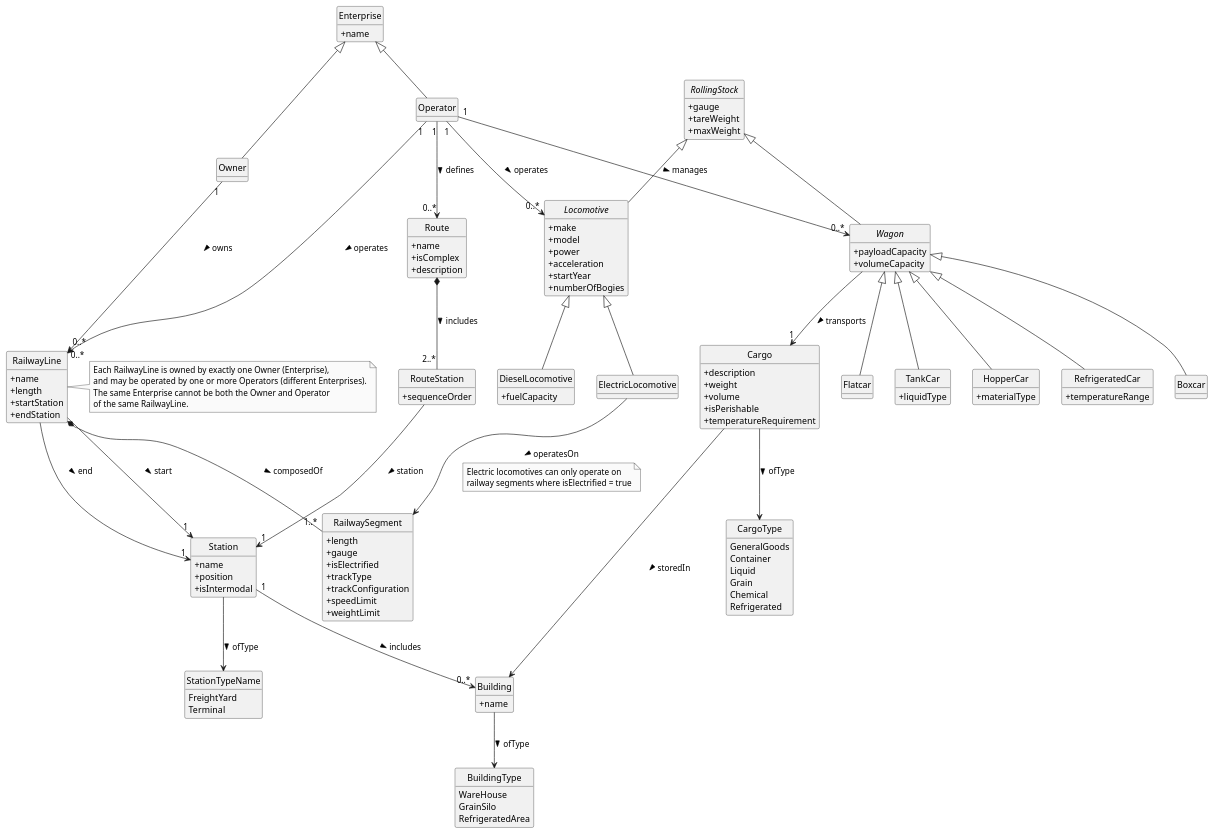
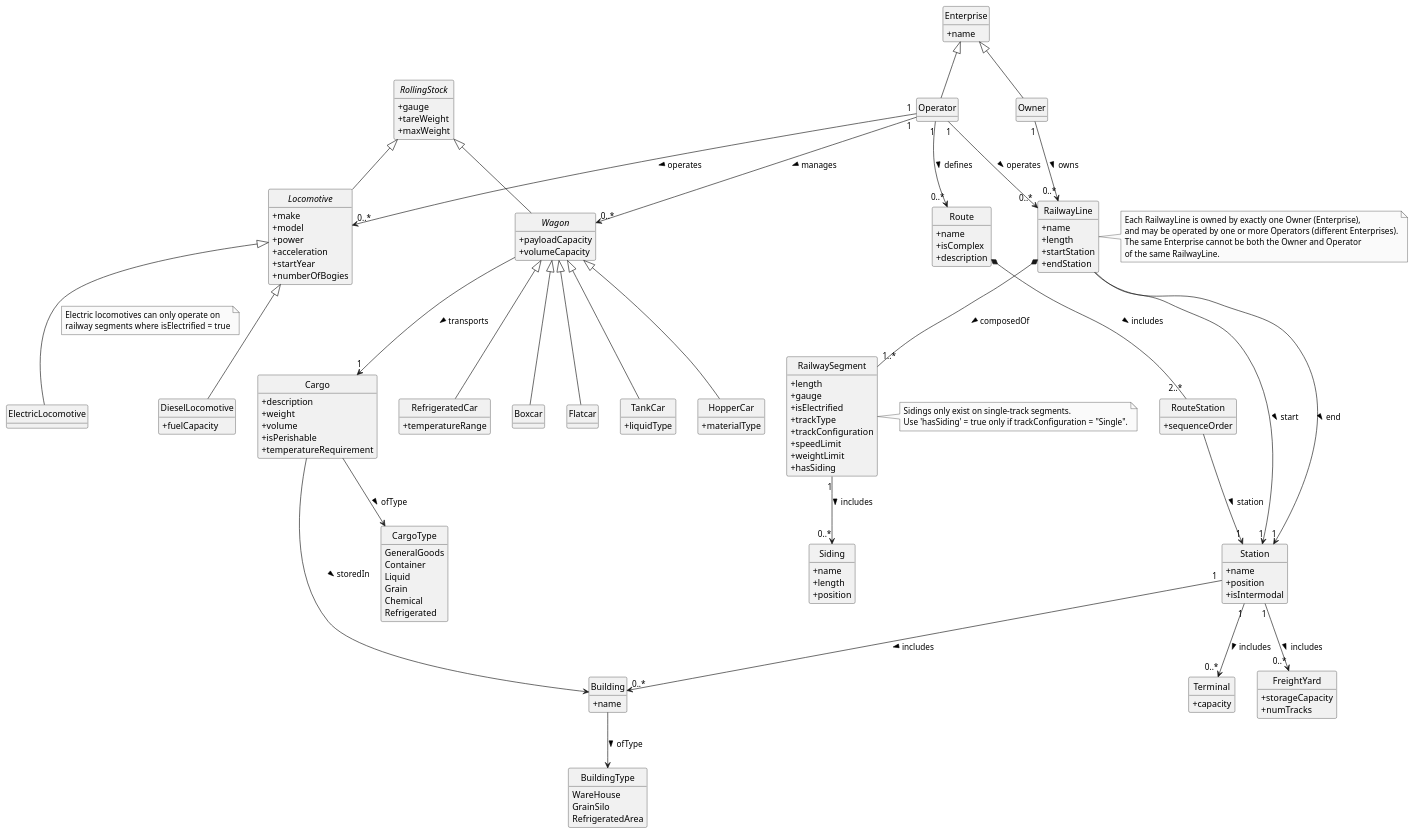
The diagram in definitive-structure/doc/global-artifacts/02.analysis/puml/domain-model.puml (goncalolopesp/sem3-pi-25-26-g093-repo), drawn with PlantUML before and after one commit. The commit also changed 5 other files, not shown here.

```diff
--- a/definitive-structure/doc/global-artifacts/02.analysis/puml/domain-model.puml
+++ b/definitive-structure/doc/global-artifacts/02.analysis/puml/domain-model.puml
@@ -1,156 +1,174 @@
 @startuml
 hide circle
 hide methods
 skinparam monochrome true
 skinparam classAttributeIconSize 0
 skinparam shadowing false
 
 class Station {
   +name
   +position
   +isIntermodal
 }
-enum StationTypeName {
-  FreightYard
-  Terminal
-}
-
-Station --> StationTypeName : ofType >
 
 class RailwayLine {
   +name
   +length
   +startStation
   +endStation
 }
 class RailwaySegment {
   +length
   +gauge
   +isElectrified
   +trackType
   +trackConfiguration
   +speedLimit
   +weightLimit
+  +hasSiding
 }
 
 RailwayLine *-- "1..*" RailwaySegment : composedOf >
 RailwayLine --> "1" Station : start >
 RailwayLine --> "1" Station : end >
 
 class Enterprise {
   +name
 }
 class Owner {
 }
 class Operator {
 }
 Enterprise <|-- Owner
 Enterprise <|-- Operator
 
 Owner "1" --> "0..*" RailwayLine : owns >
 
 abstract class RollingStock {
   +gauge
   +tareWeight
   +maxWeight
 }
 
 abstract class Locomotive {
   +make
   +model
   +power
   +acceleration
   +startYear
   +numberOfBogies
 }
 class DieselLocomotive {
   +fuelCapacity
 }
 class ElectricLocomotive {
 }
 Locomotive <|-- DieselLocomotive
 Locomotive <|-- ElectricLocomotive
 
-ElectricLocomotive --> RailwaySegment : operatesOn >
 note on link
   Electric locomotives can only operate on
   railway segments where isElectrified = true
 end note
 
 abstract class Wagon {
   +payloadCapacity
   +volumeCapacity
 }
 class Boxcar {}
 class Flatcar {}
 class TankCar {
   +liquidType
 }
 class HopperCar {
   +materialType
 }
 class RefrigeratedCar {
   +temperatureRange
 }
 Wagon <|-- Boxcar
 Wagon <|-- Flatcar
 Wagon <|-- TankCar
 Wagon <|-- HopperCar
 Wagon <|-- RefrigeratedCar
 
 Operator "1" --> "0..*" Locomotive : operates >
 Operator "1" --> "0..*" Wagon : manages >
 
 class  Cargo {
   +description
   +weight
   +volume
   +isPerishable
   +temperatureRequirement
 }
 enum CargoType {
   GeneralGoods
   Container
   Liquid
   Grain
   Chemical
   Refrigerated
 }
 Cargo --> CargoType : ofType >
 Wagon --> "1" Cargo : transports >
 
 class Route {
   +name
   +isComplex
   +description
 }
 class RouteStation {
   +sequenceOrder
 }
 Route *-- "2..*" RouteStation : includes >
 RouteStation --> "1" Station : station >
 
 class Building {
   +name
 }
 enum BuildingType {
   WareHouse
   GrainSilo
   RefrigeratedArea
 }
 Building --> BuildingType : ofType >
 Station "1" --> "0..*" Building : includes >
 Operator "1" --> "0..*" Route : defines >
 Cargo --> Building : storedIn >
 Operator "1" --> "0..*" RailwayLine : operates >
 
 note right of RailwayLine
   Each RailwayLine is owned by exactly one Owner (Enterprise),
   and may be operated by one or more Operators (different Enterprises).
   The same Enterprise cannot be both the Owner and Operator
   of the same RailwayLine.
 end note
 
 RollingStock <|-- Locomotive
 RollingStock <|-- Wagon
+
+class Terminal{
++capacity
+}
+
+class FreightYard{
++storageCapacity
++numTracks
+}
+
+Station "1" --> "0..*" Terminal : includes >
+Station "1" --> "0..*" FreightYard : includes >
+
+class Siding {
+  +name
+  +length
+  +position
+}
+
+note right of RailwaySegment
+  Sidings only exist on single-track segments.
+  Use 'hasSiding' = true only if trackConfiguration = "Single".
+end note
+RailwaySegment "1" --> "0..*" Siding : includes >
 @enduml
```
